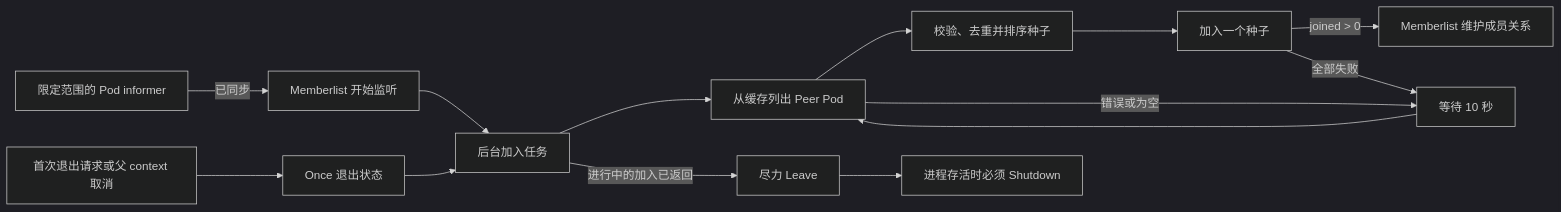
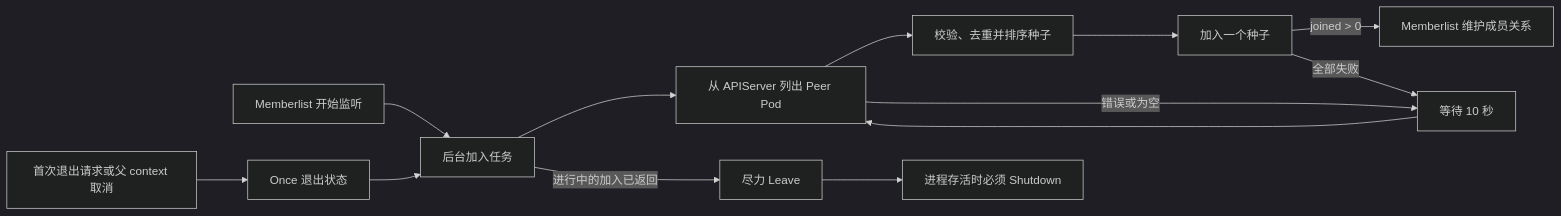
Before and after one commit to AiRanthem/agents: the second of 2 diagrams in docs/proposals/20260824-sandbox-manager-network-interface-peer-discovery-CN.md, drawn with Mermaid (dark theme). The commit also changed other lines of this file and 25 other files, not shown here.

````diff
--- a/docs/proposals/20260824-sandbox-manager-network-interface-peer-discovery-CN.md
+++ b/docs/proposals/20260824-sandbox-manager-network-interface-peer-discovery-CN.md
@@ -129,16 +139,15 @@
 ```mermaid
 flowchart LR
-    Cache[限定范围的 Pod informer] -->|已同步| Listener[Memberlist 开始监听]
-    Listener --> Worker[后台加入任务]
-    Worker --> List[从缓存列出 Peer Pod]
+    Listener[Memberlist 开始监听] --> Worker[后台加入任务]
+    Worker --> List[从 APIServer 列出 Peer Pod]
     List --> Seeds[校验、去重并排序种子]
     Seeds --> Join[加入一个种子]
     Join -->|joined > 0| Done[Memberlist 维护成员关系]
     Join -->|全部失败| Wait[等待 10 秒]
     List -->|错误或为空| Wait
     Wait --> List
     Stop[首次退出请求或父 context 取消] --> Once[Once 退出状态]
     Once --> Worker
     Worker -->|进行中的加入已返回| Leave[尽力 Leave]
     Leave --> Shutdown[进程存活时必须 Shutdown]
 ```
````
